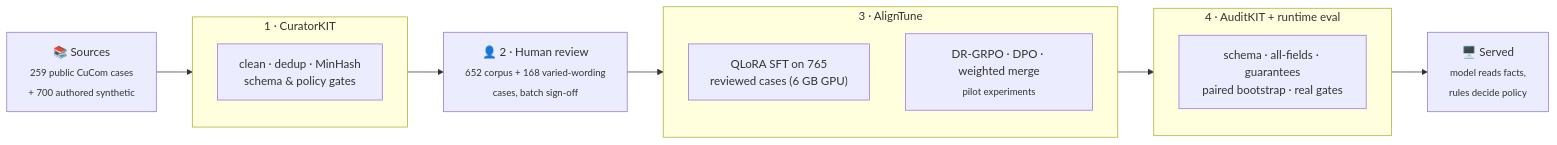
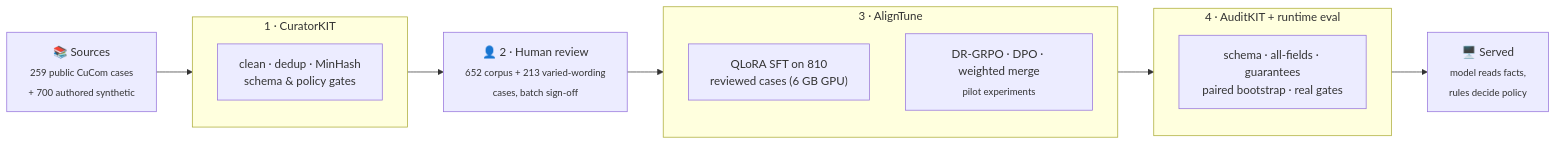
The second of 2 diagrams in README.md (vishal88736/suraksha-merge), drawn with Mermaid before and after one commit. The commit also changed other lines of this file and 4 other files, not shown here.

Commit message:
fix: update training data and rules based on live testing; enhance varied-wording cases

````diff
--- a/README.md
+++ b/README.md
@@ -206,18 +206,18 @@
 ```mermaid
 flowchart LR
     S["📚 Sources<br/><sub>259 public CuCom cases<br/>+ 700 authored synthetic</sub>"] --> C
     subgraph C ["1 · CuratorKIT"]
       C1["clean · dedup · MinHash<br/>schema & policy gates"]
     end
-    C --> H["👤 2 · Human review<br/><sub>652 corpus + 168 varied-wording<br/>cases, batch sign-off</sub>"]
+    C --> H["👤 2 · Human review<br/><sub>652 corpus + 213 varied-wording<br/>cases, batch sign-off</sub>"]
     H --> T
     subgraph T ["3 · AlignTune"]
-      T1["QLoRA SFT on 765<br/>reviewed cases (6 GB GPU)"]
+      T1["QLoRA SFT on 810<br/>reviewed cases (6 GB GPU)"]
       T2["DR-GRPO · DPO · weighted merge<br/><sub>pilot experiments</sub>"]
     end
     T --> A
     subgraph A ["4 · AuditKIT + runtime eval"]
       A1["schema · all-fields · guarantees<br/>paired bootstrap · real gates"]
     end
     A --> M["🖥️ Served<br/><sub>model reads facts,<br/>rules decide policy</sub>"]
 ```
````
